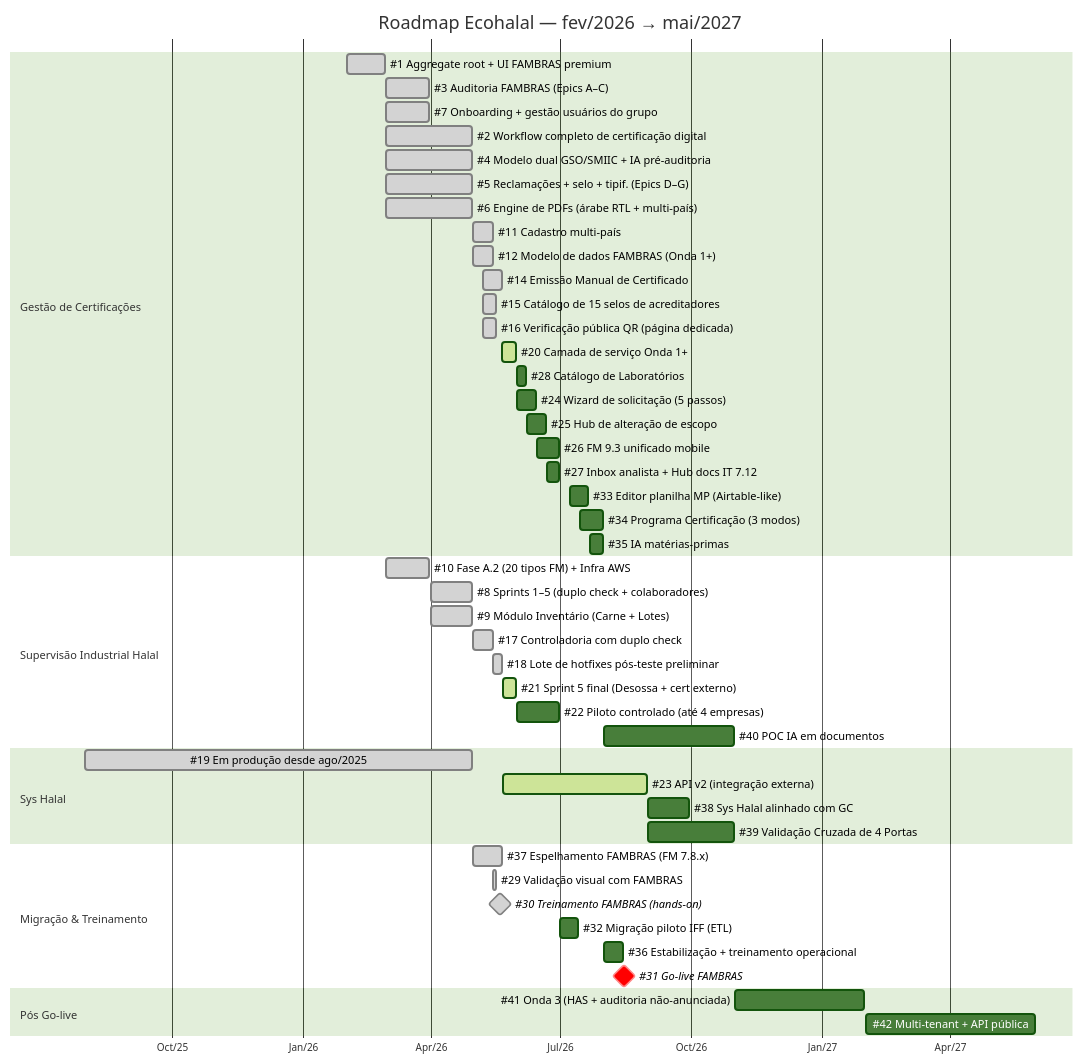
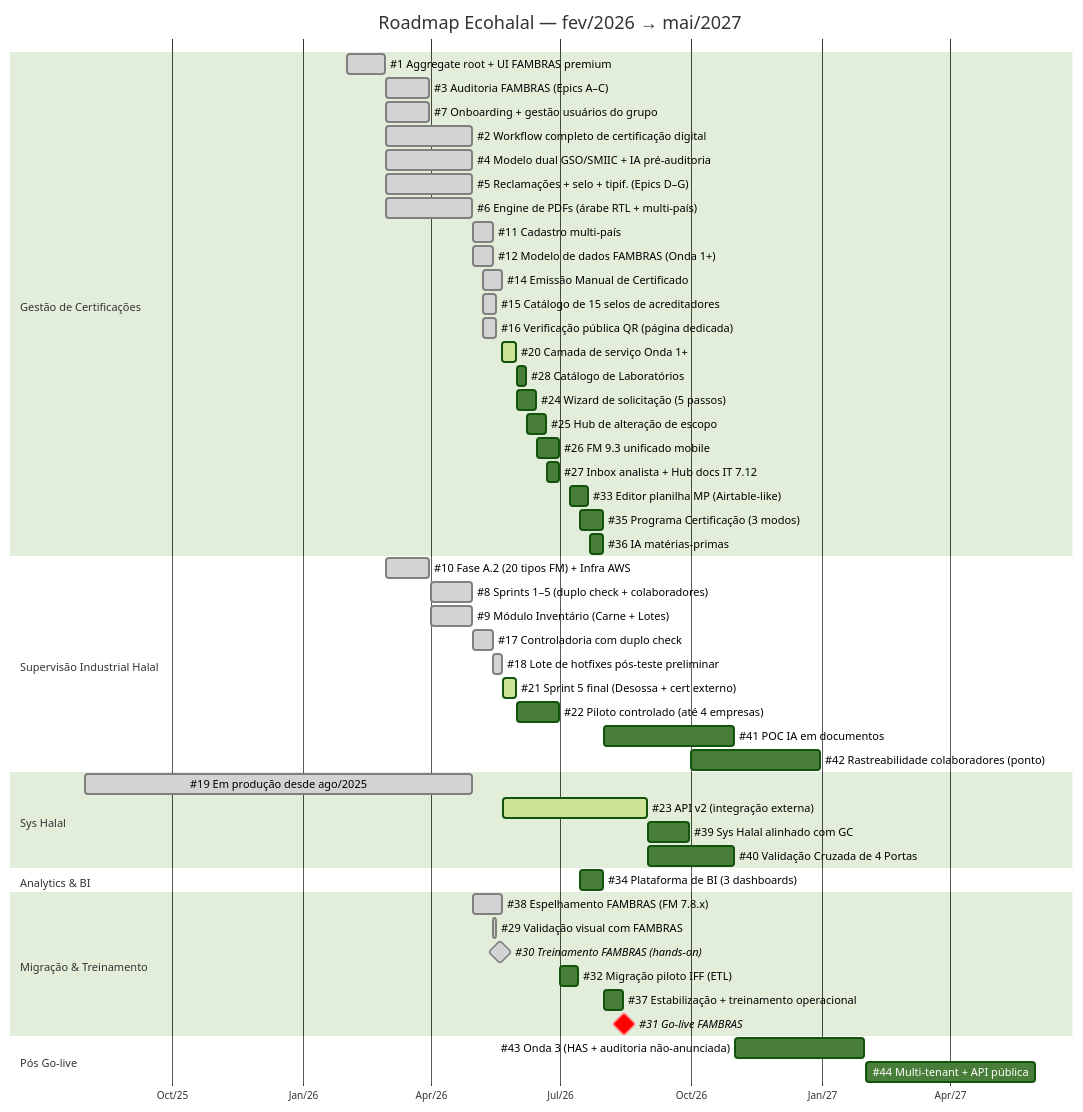
The diagram in PLANNING/ROADMAP-GANTT-2026.md (Ecohalal/sih-docs), drawn with Mermaid (forest theme) before and after one commit. The commit also changed 1 other file, not shown here.

Commit message:
docs(roadmap): BI #34, Colaboradores #42, Espelhamento #38 no resumido
Resumido Diretoria + Gantt sincronizados com source-of-truth:
- #34 Plataforma de BI (3 dashboards): pre go-live, jul/2026.
- #42 SIH Rastreabilidade de colaboradores (ponto FAMBRAS): pos
  go-live, out-dez/2026.
- #38 Espelhamento FAMBRAS adicionado ao resumido em grupo
  proprio "Backlog tecnico - entregue" para manter numeracao
  continua (estava no source mas ausente do resumido).
- Renumeracoes em cascata aplicadas.

````diff
--- a/PLANNING/ROADMAP-GANTT-2026.md
+++ b/PLANNING/ROADMAP-GANTT-2026.md
@@ -18,57 +18,61 @@
 ```mermaid
 gantt
     title Roadmap Ecohalal — fev/2026 → mai/2027
     dateFormat YYYY-MM-DD
     axisFormat %b/%y
 
     section Gestão de Certificações
     #1 Aggregate root + UI FAMBRAS premium       :done,  g01,  2026-02-01, 2026-02-28
     #3 Auditoria FAMBRAS (Epics A–C)             :done,  g03,  2026-03-01, 2026-03-31
     #7 Onboarding + gestão usuários do grupo     :done,  g07,  2026-03-01, 2026-03-31
     #2 Workflow completo de certificação digital :done,  g02,  2026-03-01, 2026-04-30
     #4 Modelo dual GSO/SMIIC + IA pré-auditoria  :done,  g04,  2026-03-01, 2026-04-30
     #5 Reclamações + selo + tipif. (Epics D–G)   :done,  g05,  2026-03-01, 2026-04-30
     #6 Engine de PDFs (árabe RTL + multi-país)   :done,  g06,  2026-03-01, 2026-04-30
     #11 Cadastro multi-país                      :done,  g11,  2026-05-01, 2026-05-15
     #12 Modelo de dados FAMBRAS (Onda 1+)        :done,  g12,  2026-05-01, 2026-05-15
     #14 Emissão Manual de Certificado            :done,  g14,  2026-05-08, 2026-05-21
     #15 Catálogo de 15 selos de acreditadores    :done,  g15,  2026-05-08, 2026-05-17
     #16 Verificação pública QR (página dedicada) :done,  g16,  2026-05-08, 2026-05-17
     #20 Camada de serviço Onda 1+                :active, g20, 2026-05-21, 2026-05-31
     #28 Catálogo de Laboratórios                 :       g28,  2026-06-01, 2026-06-07
     #24 Wizard de solicitação (5 passos)         :       g24,  2026-06-01, 2026-06-14
     #25 Hub de alteração de escopo               :       g25,  2026-06-08, 2026-06-21
     #26 FM 9.3 unificado mobile                  :       g26,  2026-06-15, 2026-06-30
     #27 Inbox analista + Hub docs IT 7.12        :       g27,  2026-06-22, 2026-06-30
     #33 Editor planilha MP (Airtable-like)       :       g33,  2026-07-08, 2026-07-21
-    #34 Programa Certificação (3 modos)          :       g34,  2026-07-15, 2026-07-31
-    #35 IA matérias-primas                       :       g35,  2026-07-22, 2026-07-31
+    #35 Programa Certificação (3 modos)          :       g35,  2026-07-15, 2026-07-31
+    #36 IA matérias-primas                       :       g36,  2026-07-22, 2026-07-31
 
     section Supervisão Industrial Halal
     #10 Fase A.2 (20 tipos FM) + Infra AWS       :done,  s10,  2026-03-01, 2026-03-31
     #8 Sprints 1–5 (duplo check + colaboradores) :done,  s08,  2026-04-01, 2026-04-30
     #9 Módulo Inventário (Carne + Lotes)         :done,  s09,  2026-04-01, 2026-04-30
     #17 Controladoria com duplo check            :done,  s17,  2026-05-01, 2026-05-15
     #18 Lote de hotfixes pós-teste preliminar    :done,  s18,  2026-05-15, 2026-05-21
     #21 Sprint 5 final (Desossa + cert externo)  :active, s21, 2026-05-22, 2026-05-31
     #22 Piloto controlado (até 4 empresas)       :       s22,  2026-06-01, 2026-06-30
-    #40 POC IA em documentos                     :       s40,  2026-08-01, 2026-10-31
+    #41 POC IA em documentos                     :       s41,  2026-08-01, 2026-10-31
+    #42 Rastreabilidade colaboradores (ponto)    :       s42,  2026-10-01, 2026-12-31
 
     section Sys Halal
     #19 Em produção desde ago/2025               :done,  y19,  2025-08-01, 2026-04-30
     #23 API v2 (integração externa)              :active, y23, 2026-05-22, 2026-08-31
-    #38 Sys Halal alinhado com GC                :       y38,  2026-09-01, 2026-09-30
-    #39 Validação Cruzada de 4 Portas            :       y39,  2026-09-01, 2026-10-31
+    #39 Sys Halal alinhado com GC                :       y39,  2026-09-01, 2026-09-30
+    #40 Validação Cruzada de 4 Portas            :       y40,  2026-09-01, 2026-10-31
+
+    section Analytics & BI
+    #34 Plataforma de BI (3 dashboards)          :       bi01, 2026-07-15, 2026-07-31
 
     section Migração & Treinamento
-    #37 Espelhamento FAMBRAS (FM 7.8.x)          :done,  m37,  2026-05-01, 2026-05-21
+    #38 Espelhamento FAMBRAS (FM 7.8.x)          :done,  m38,  2026-05-01, 2026-05-21
     #29 Validação visual com FAMBRAS             :done,  m29,  2026-05-15, 2026-05-17
     #30 Treinamento FAMBRAS (hands-on)           :done, milestone, m30, 2026-05-20, 0d
     #32 Migração piloto IFF (ETL)                :       m32,  2026-07-01, 2026-07-14
-    #36 Estabilização + treinamento operacional  :       m36,  2026-08-01, 2026-08-14
+    #37 Estabilização + treinamento operacional  :       m37,  2026-08-01, 2026-08-14
     #31 Go-live FAMBRAS                          :crit, milestone, m31, 2026-08-15, 0d
 
     section Pós Go-live
-    #41 Onda 3 (HAS + auditoria não-anunciada)   :       p41,  2026-11-01, 2027-01-31
-    #42 Multi-tenant + API pública               :       p42,  2027-02-01, 2027-05-31
+    #43 Onda 3 (HAS + auditoria não-anunciada)   :       p43,  2026-11-01, 2027-01-31
+    #44 Multi-tenant + API pública               :       p44,  2027-02-01, 2027-05-31
 ```
````
